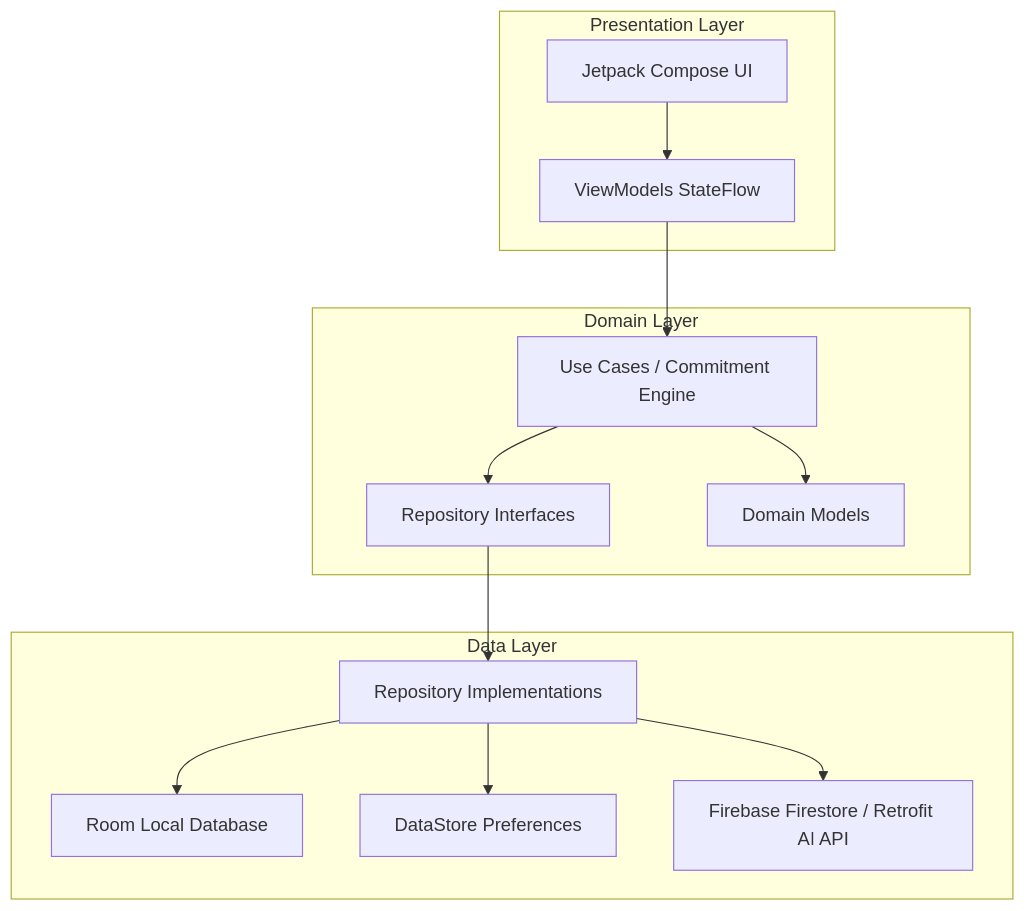
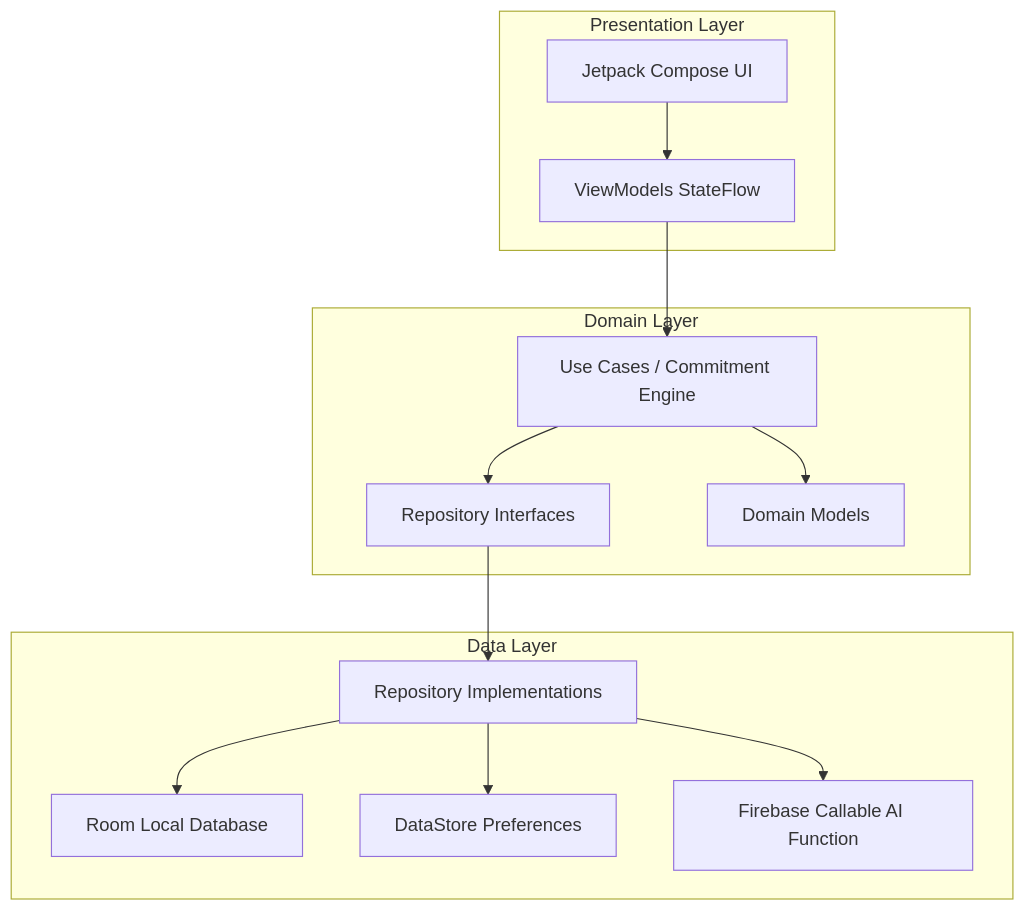
Before and after one commit to MohammadMohid03/focusflow: the diagram in README.md, drawn with Mermaid. The commit also changed other lines of this file and 78 other files, not shown here.

````diff
--- a/README.md
+++ b/README.md
@@ -66,19 +64,19 @@
 ```mermaid
 graph TD
     subgraph Presentation Layer
         UI[Jetpack Compose UI] --> VM[ViewModels StateFlow]
     end
 
     subgraph Domain Layer
         VM --> UC[Use Cases / Commitment Engine]
         UC --> Repos[Repository Interfaces]
         UC --> Models[Domain Models]
     end
 
     subgraph Data Layer
         Repos --> ReposImpl[Repository Implementations]
         ReposImpl --> Room[Room Local Database]
         ReposImpl --> DS[DataStore Preferences]
-        ReposImpl --> Remote[Firebase Firestore / Retrofit AI API]
+        ReposImpl --> Remote[Firebase Callable AI Function]
     end
 ```
````
